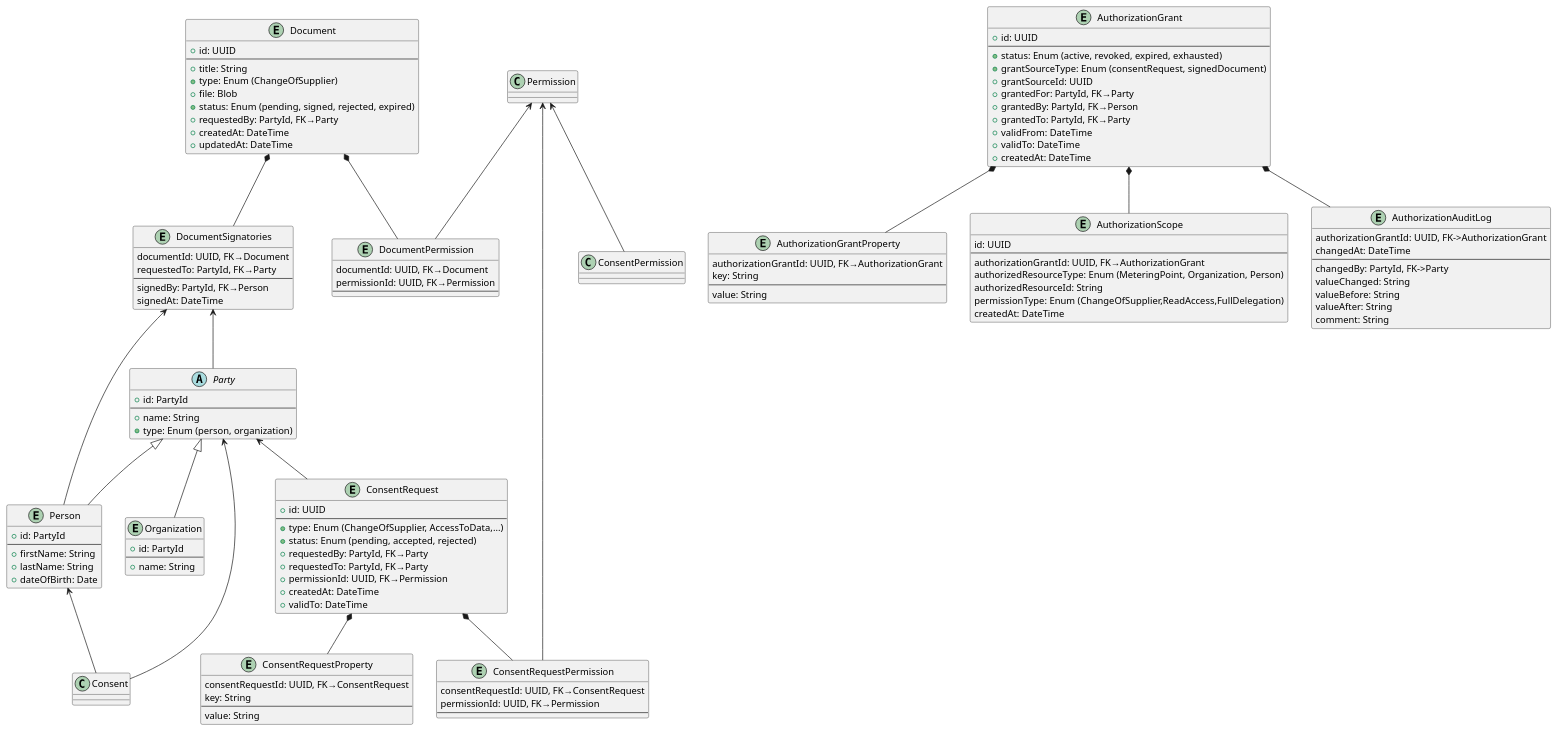
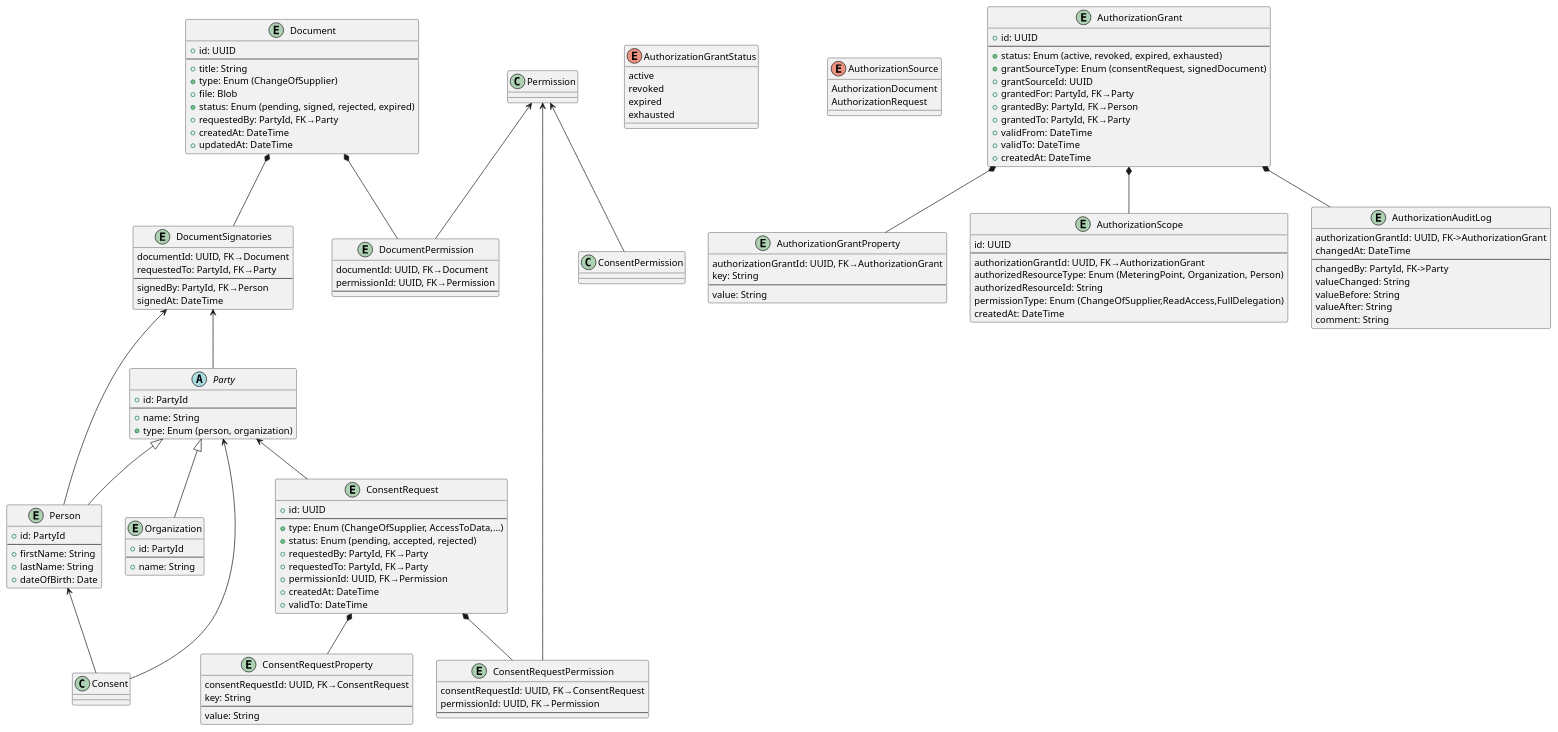
The diagram in docs/datamodel/datamodel.plantuml (elhub/auth-grant-manager), drawn with PlantUML before and after one commit.

Commit message:
Update data model

```diff
--- a/docs/datamodel/datamodel.plantuml
+++ b/docs/datamodel/datamodel.plantuml
@@ -1,142 +1,158 @@
 @startuml datamodel
 
 ' The PartyId is a type that is used to identify a party
 ' It can be an elhub user Id or a GLN. It is a string because it can be a UUID or a GLN-number
 ' type PartyId = String
 
 abstract Party {
   + id: PartyId
   --
   + name: String
   + type: Enum (person, organization)
 }
 
 entity Person {
   + id: PartyId
   --
   + firstName: String
   + lastName: String
   + dateOfBirth: Date
 }
 
 entity Organization {
   + id: PartyId
   --
   + name: String
 }
+
+enum AuthorizationGrantStatus {
+  active
+  revoked
+  expired
+  exhausted
+}
+
+enum AuthorizationSource {
+  AuthorizationDocument
+  AuthorizationRequest
+}
+
+
+
+
 
 entity AuthorizationGrant {
   + id: UUID
   --
   + status: Enum (active, revoked, expired, exhausted)
   + grantSourceType: Enum (consentRequest, signedDocument)
   + grantSourceId: UUID
   + grantedFor: PartyId, FK→Party
   + grantedBy: PartyId, FK→Person
   + grantedTo: PartyId, FK→Party
   + validFrom: DateTime
   + validTo: DateTime
   + createdAt: DateTime
 }
 
 ' Used to store metadata related to the AuthorizationGrant
 entity AuthorizationGrantProperty {
   authorizationGrantId: UUID, FK→AuthorizationGrant
   key: String
   --
   value: String
 }
 
 entity AuthorizationScope {
   id: UUID
   --
   authorizationGrantId: UUID, FK→AuthorizationGrant
   authorizedResourceType: Enum (MeteringPoint, Organization, Person)
   authorizedResourceId: String
   permissionType: Enum (ChangeOfSupplier,ReadAccess,FullDelegation)
   createdAt: DateTime
 }
 
 entity AuthorizationAuditLog {
   authorizationGrantId: UUID, FK->AuthorizationGrant
   changedAt: DateTime
   --
   changedBy: PartyId, FK->Party
   valueChanged: String
   valueBefore: String
   valueAfter: String
   comment: String
 }
 
 entity ConsentRequest {
   + id: UUID
   --
   + type: Enum (ChangeOfSupplier, AccessToData,...)
   + status: Enum (pending, accepted, rejected)
   + requestedBy: PartyId, FK→Party
   + requestedTo: PartyId, FK→Party
   + permissionId: UUID, FK→Permission
   + createdAt: DateTime
   + validTo: DateTime
 }
 
 entity ConsentRequestProperty {
   consentRequestId: UUID, FK→ConsentRequest
   key: String
   --
   value: String
 }
 
 entity ConsentRequestPermission {
   consentRequestId: UUID, FK→ConsentRequest
   permissionId: UUID, FK→Permission
   --
 }
 
 ' PDF's can contain metadata. Should we store properties in the PDF?
 entity Document {
   + id: UUID
   --
   + title: String
   + type: Enum (ChangeOfSupplier)
   + file: Blob
   + status: Enum (pending, signed, rejected, expired)
   + requestedBy: PartyId, FK→Party
   + createdAt: DateTime
   + updatedAt: DateTime
 }
 
 entity DocumentPermission {
   documentId: UUID, FK→Document
   permissionId: UUID, FK→Permission
   --
 }
 
 entity DocumentSignatories {
   documentId: UUID, FK→Document
   requestedTo: PartyId, FK→Party
   --
   signedBy: PartyId, FK→Person
   signedAt: DateTime
 }
 
 ' Relationships
 Party <|-- Person
 Party <|-- Organization
 AuthorizationGrant *-- AuthorizationGrantProperty
 AuthorizationGrant *-- AuthorizationScope
 AuthorizationGrant *-- AuthorizationAuditLog
 Permission <-- ConsentPermission
 ConsentRequest *-- ConsentRequestPermission
 ConsentRequest *-- ConsentRequestProperty
 Permission <-- ConsentRequestPermission
 Document *-- DocumentPermission
 Permission <-- DocumentPermission
 Document *-- DocumentSignatories
 DocumentSignatories <-- Party
 DocumentSignatories <-- Person
 Party <-- Consent
 Person <-- Consent
 Party <-- ConsentRequest
 
 @enduml
```
